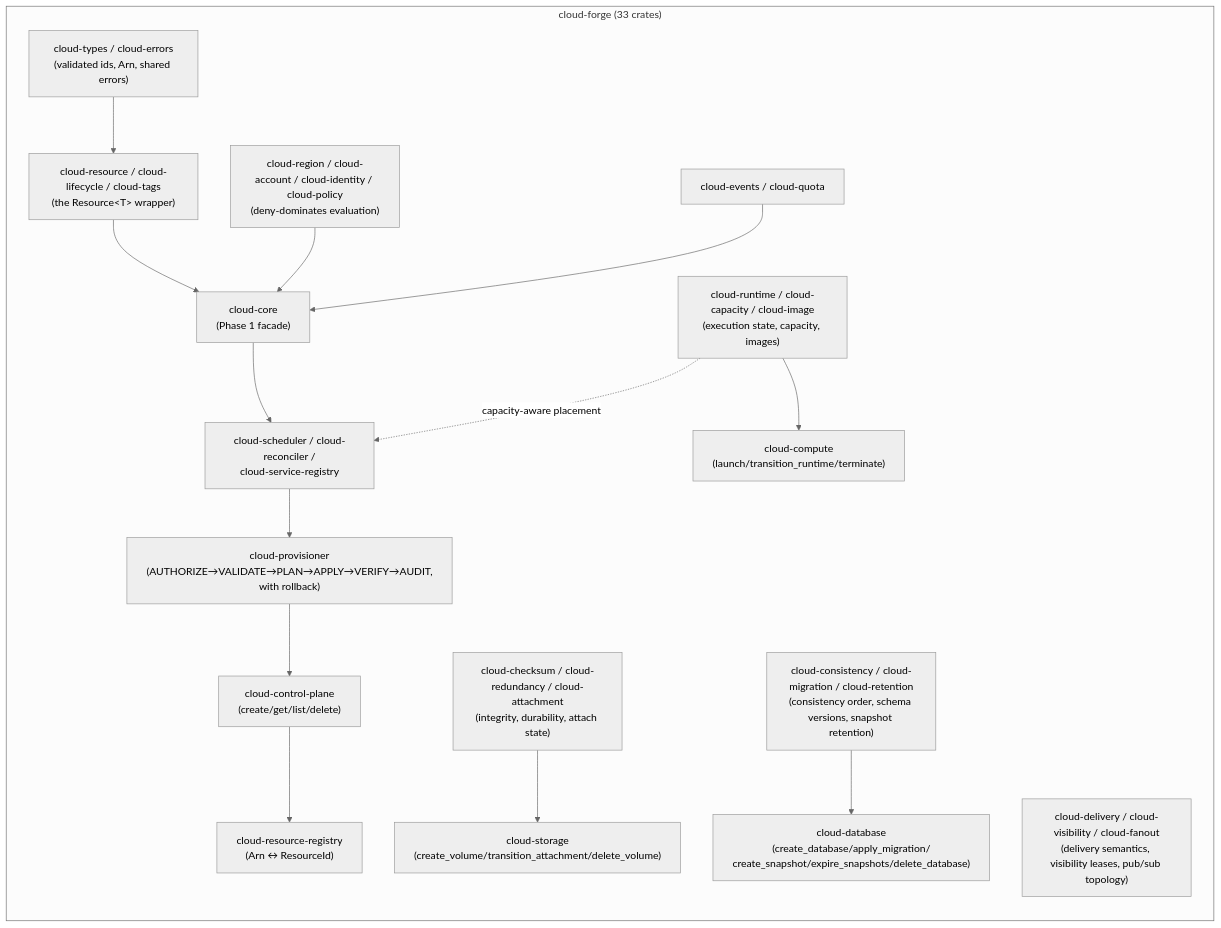
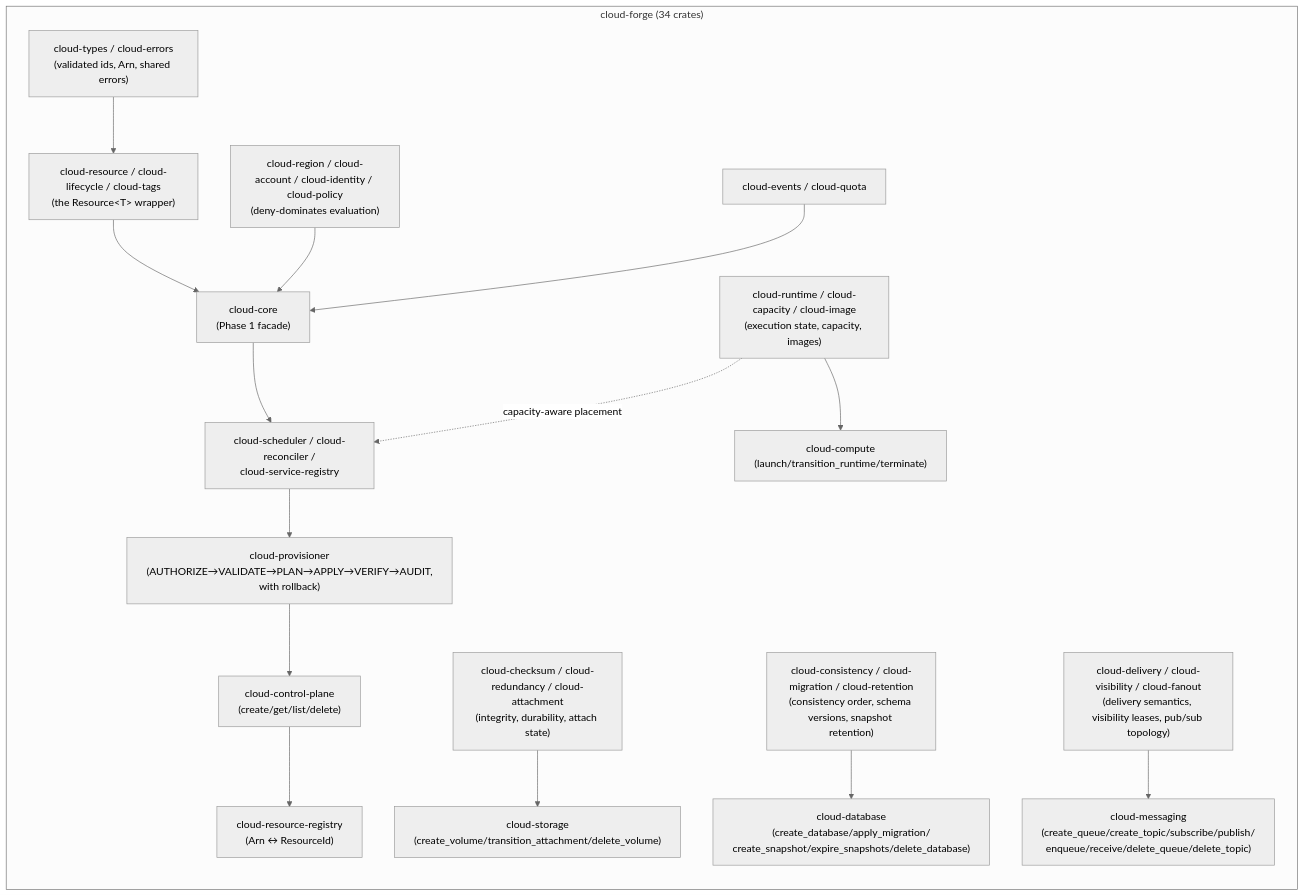
Before and after one commit to SNAPKITTYAGENT9NOVA/tlm-jxcl-forge: the fifth of 5 diagrams in README.md, drawn with Mermaid (neutral theme). The commit also changed other lines of this file and 5 other files, not shown here.

````diff
--- a/README.md
+++ b/README.md
@@ -413,31 +416,33 @@
 ```mermaid
 flowchart LR
-    subgraph cf["cloud-forge (33 crates)"]
+    subgraph cf["cloud-forge (34 crates)"]
         direction TB
         types["cloud-types / cloud-errors<br/>(validated ids, Arn, shared errors)"]
         model["cloud-resource / cloud-lifecycle / cloud-tags<br/>(the Resource&lt;T&gt; wrapper)"]
         access["cloud-region / cloud-account / cloud-identity / cloud-policy<br/>(deny-dominates evaluation)"]
         ops["cloud-events / cloud-quota"]
         core["cloud-core<br/>(Phase 1 facade)"]
         control["cloud-scheduler / cloud-reconciler /<br/>cloud-service-registry"]
         pipeline["cloud-provisioner<br/>(AUTHORIZE→VALIDATE→PLAN→APPLY→VERIFY→AUDIT,<br/>with rollback)"]
         plane["cloud-control-plane<br/>(create/get/list/delete)"]
         names["cloud-resource-registry<br/>(Arn ↔ ResourceId)"]
         compute["cloud-runtime / cloud-capacity / cloud-image<br/>(execution state, capacity, images)"]
         storage["cloud-checksum / cloud-redundancy / cloud-attachment<br/>(integrity, durability, attach state)"]
         database["cloud-consistency / cloud-migration / cloud-retention<br/>(consistency order, schema versions, snapshot retention)"]
         messaging["cloud-delivery / cloud-visibility / cloud-fanout<br/>(delivery semantics, visibility leases, pub/sub topology)"]
         computeSvc["cloud-compute<br/>(launch/transition_runtime/terminate)"]
         storageSvc["cloud-storage<br/>(create_volume/transition_attachment/delete_volume)"]
         databaseSvc["cloud-database<br/>(create_database/apply_migration/<br/>create_snapshot/expire_snapshots/delete_database)"]
+        messagingSvc["cloud-messaging<br/>(create_queue/create_topic/subscribe/publish/<br/>enqueue/receive/delete_queue/delete_topic)"]
         types --> model --> core
         access --> core
         ops --> core
         core --> control --> pipeline --> plane
         plane --> names
         compute -.capacity-aware placement.-> control
         compute --> computeSvc
         storage --> storageSvc
         database --> databaseSvc
+        messaging --> messagingSvc
     end
 ```
````
